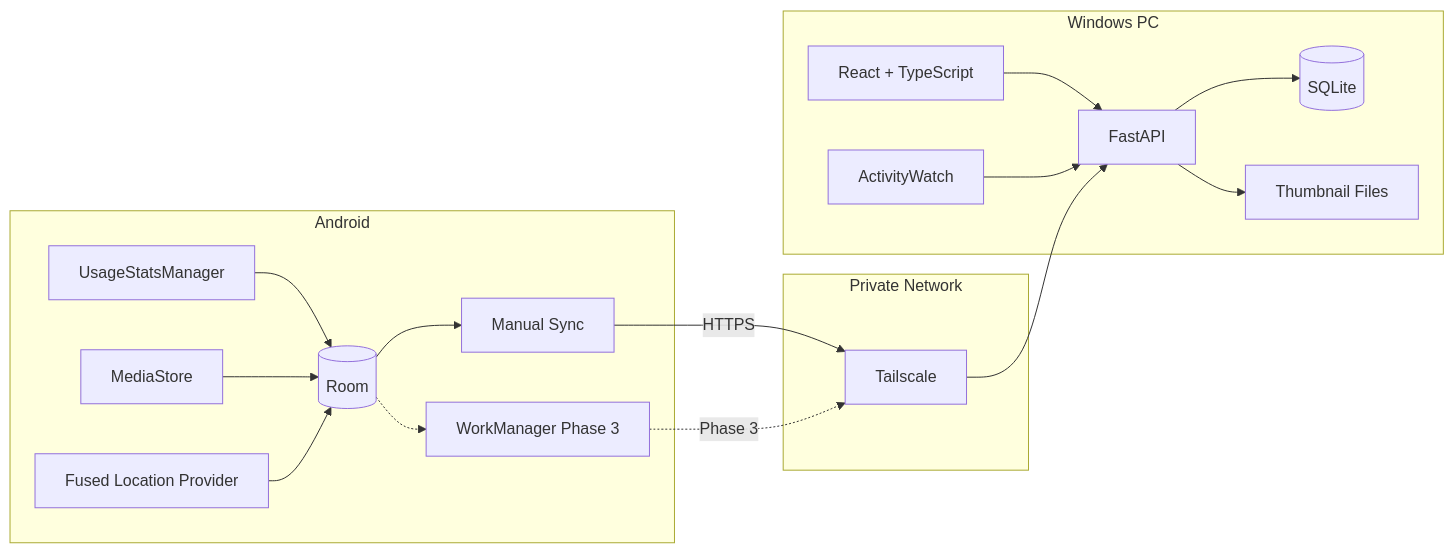
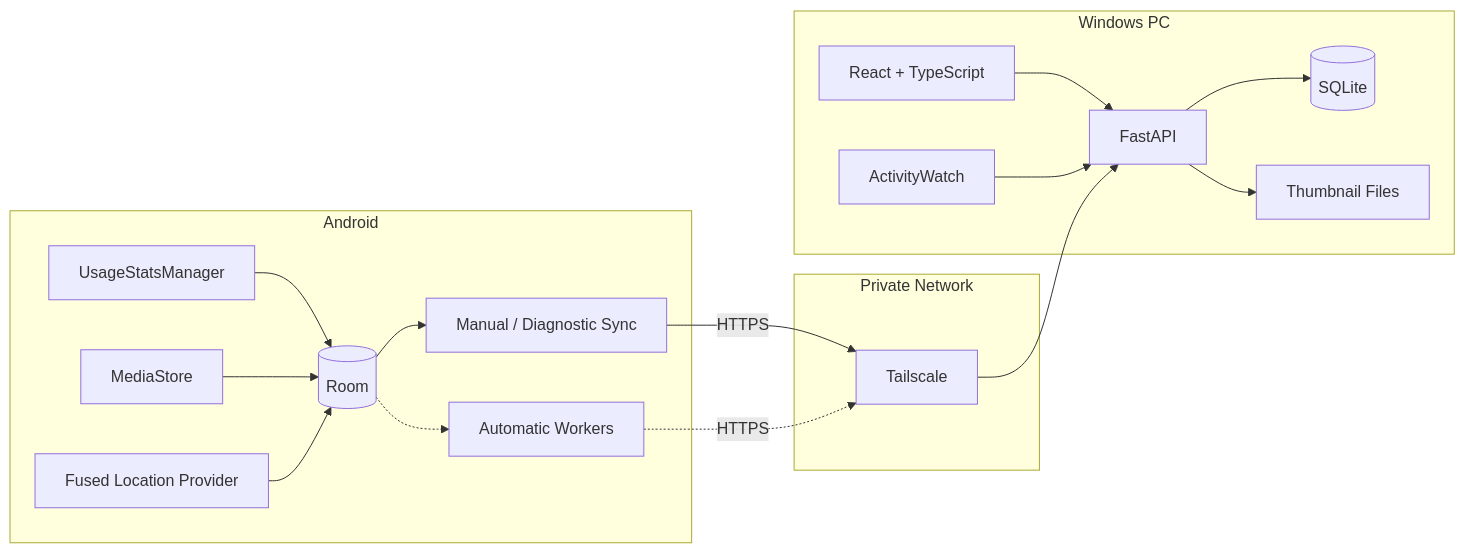
Before and after one commit to Megane14916/life-timeline: the first of 3 diagrams in docs/architecture.md, drawn with Mermaid. The commit also changed other lines of this file and 6 other files, not shown here.

Commit message:
docs: align project docs with automatic sync

````diff
--- a/docs/architecture.md
+++ b/docs/architecture.md
@@ -11,38 +11,38 @@
 ```mermaid
 flowchart LR
     subgraph Android["Android"]
         US[UsageStatsManager]
         MS[MediaStore]
         LOC[Fused Location Provider]
         ROOM[(Room)]
-        MSYNC[Manual Sync]
-        WM[WorkManager Phase 3]
+        MSYNC[Manual / Diagnostic Sync]
+        WM[Automatic Workers]
 
         US --> ROOM
         MS --> ROOM
         LOC --> ROOM
         ROOM --> MSYNC
         ROOM -.-> WM
     end
 
     subgraph Network["Private Network"]
         TS[Tailscale]
     end
 
     subgraph Windows["Windows PC"]
         API[FastAPI]
         DB[(SQLite)]
         FS[Thumbnail Files]
         WEB[React + TypeScript]
         AW[ActivityWatch]
 
         API --> DB
         API --> FS
         WEB --> API
         AW --> API
     end
 
     MSYNC -->|HTTPS| TS
-    WM -.->|Phase 3| TS
+    WM -.->|HTTPS| TS
     TS --> API
 ```
````
